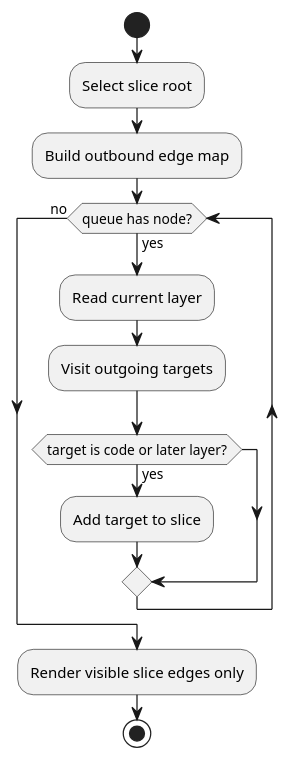
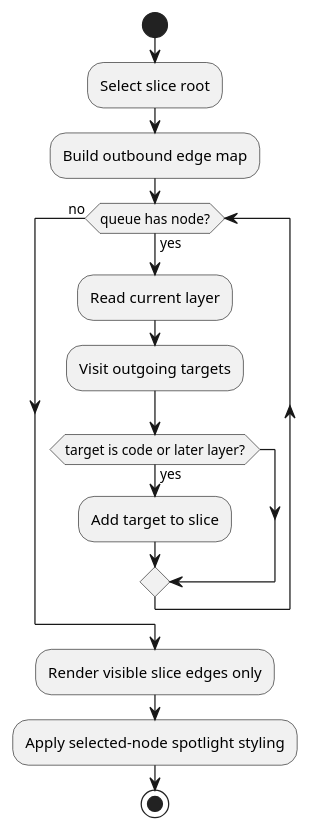
Before and after one commit to apoorvkul/HilBridge: the diagram in spec/flows/Trace_Vertical_Feature_Slice.md, drawn with PlantUML. The commit also changed other lines of this file and 28 other files, not shown here.

````diff
--- a/spec/flows/Trace_Vertical_Feature_Slice.md
+++ b/spec/flows/Trace_Vertical_Feature_Slice.md
@@ -5,16 +5,17 @@
 ```plantuml
 @startuml
 start
 :Select slice root;
 :Build outbound edge map;
 while (queue has node?) is (yes)
   :Read current layer;
   :Visit outgoing targets;
   if (target is code or later layer?) then (yes)
     :Add target to slice;
   endif
 endwhile (no)
 :Render visible slice edges only;
+:Apply selected-node spotlight styling;
 stop
 @enduml
 ```
````
